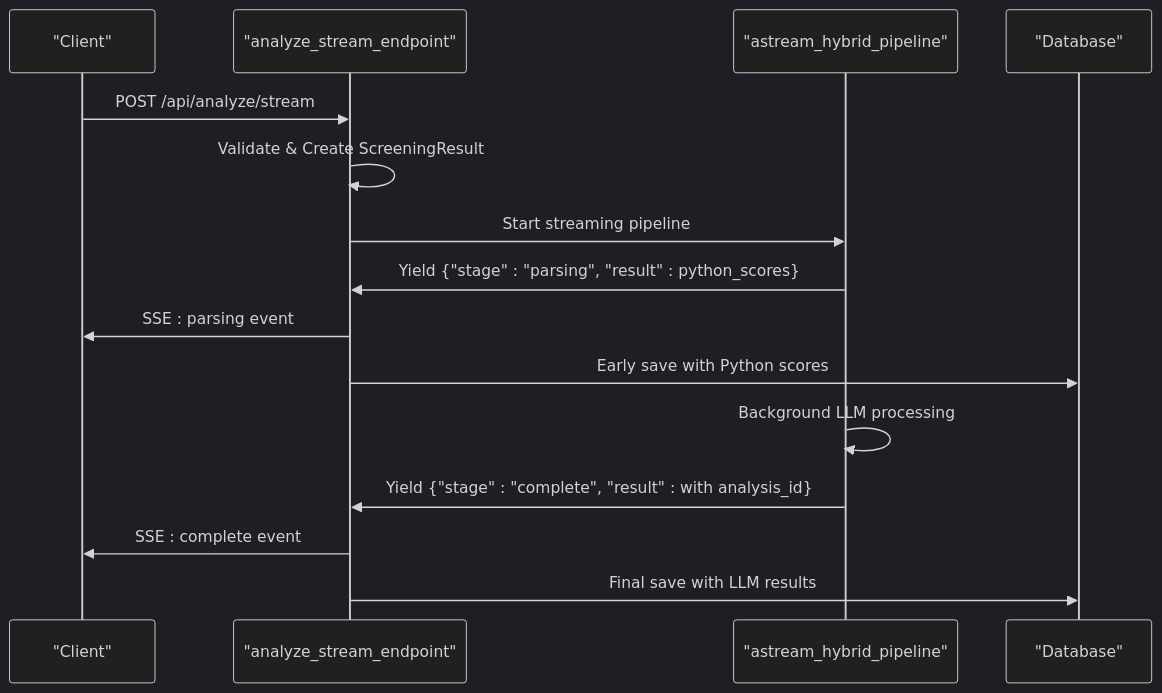
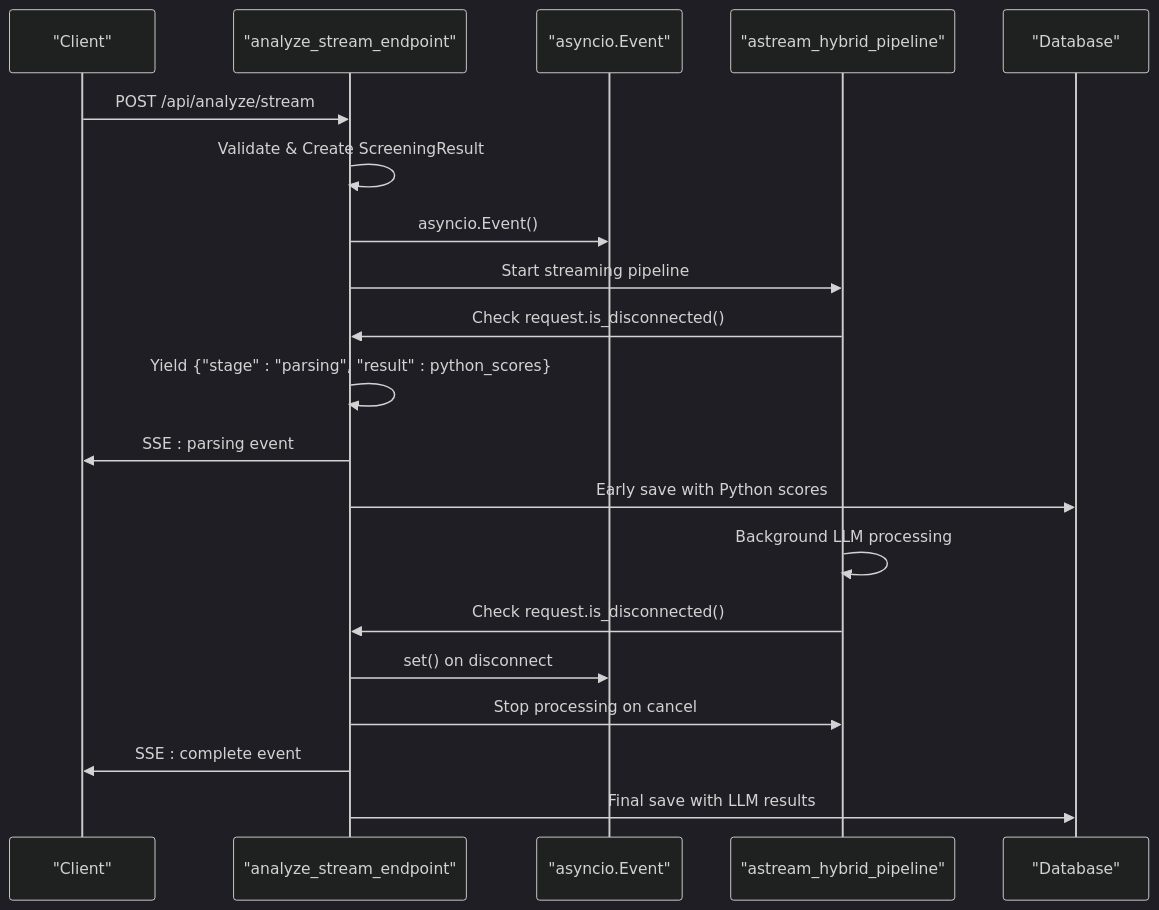
Before and after one commit to Revanththetalogics/aireume: diagram 21 of 34 in .qoder/repowiki/en/content/Analysis Engine/Analysis Engine.md, drawn with Mermaid (dark theme). The commit also changed other lines of this file and 15 other files, not shown here.

````diff
--- a/.qoder/repowiki/en/content/Analysis Engine/Analysis Engine.md
+++ b/.qoder/repowiki/en/content/Analysis Engine/Analysis Engine.md
@@ -864,17 +1017,22 @@
 ```mermaid
 sequenceDiagram
 participant Client as "Client"
 participant Route as "analyze_stream_endpoint"
+participant Cancel as "asyncio.Event"
 participant Hybrid as "astream_hybrid_pipeline"
 participant DB as "Database"
 Client->>Route : POST /api/analyze/stream
 Route->>Route : Validate & Create ScreeningResult
+Route->>Cancel : asyncio.Event()
 Route->>Hybrid : Start streaming pipeline
-Hybrid->>Route : Yield {"stage" : "parsing", "result" : python_scores}
+Hybrid->>Route : Check request.is_disconnected()
+Route->>Route : Yield {"stage" : "parsing", "result" : python_scores}
 Route->>Client : SSE : parsing event
 Route->>DB : Early save with Python scores
 Hybrid->>Hybrid : Background LLM processing
-Hybrid->>Route : Yield {"stage" : "complete", "result" : with analysis_id}
+Hybrid->>Route : Check request.is_disconnected()
+Route->>Cancel : set() on disconnect
+Route->>Hybrid : Stop processing on cancel
 Route->>Client : SSE : complete event
 Route->>DB : Final save with LLM results
 ```
````
